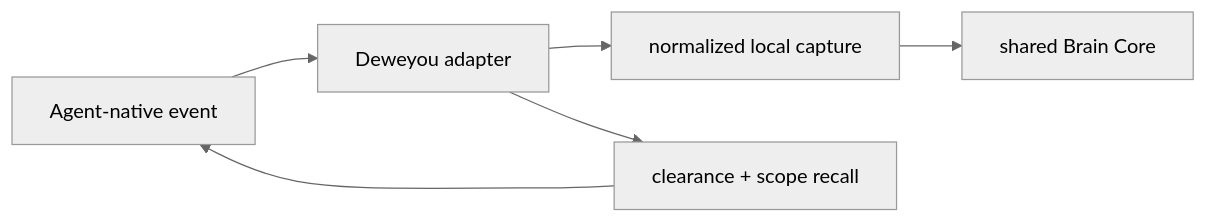
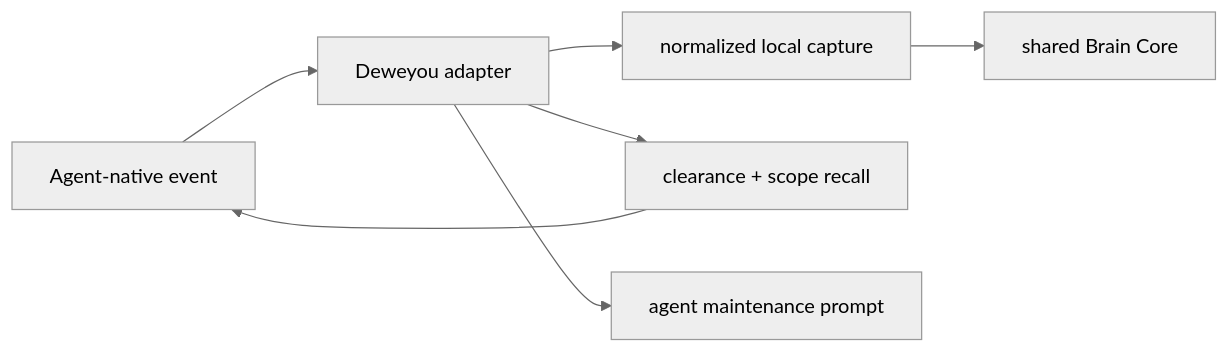
Before and after one commit to deweyou/harness: the diagram in docs/context-hub-adapters.md, drawn with Mermaid (neutral theme). The commit also changed other lines of this file and 30 other files, not shown here.

Commit message:
feat(brain): finalize agent-lifecycle hooks and apply flow

````diff
--- a/docs/context-hub-adapters.md
+++ b/docs/context-hub-adapters.md
@@ -3,8 +3,9 @@
 ```mermaid
 flowchart LR
   A["Agent-native event"] --> B["Deweyou adapter"]
   B --> C["normalized local capture"]
   B --> D["clearance + scope recall"]
+  B --> P["agent maintenance prompt"]
   C --> E["shared Brain Core"]
   D --> A
 ```
````
